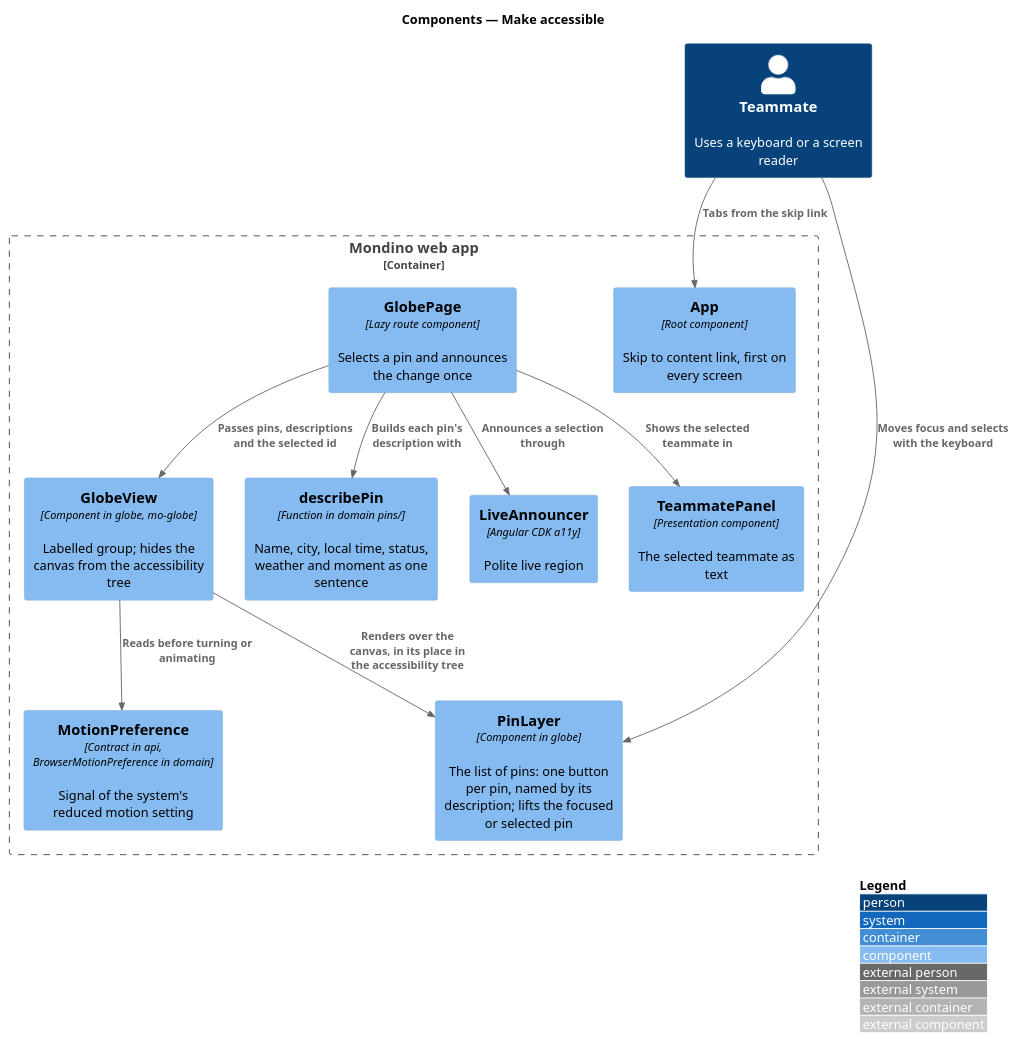
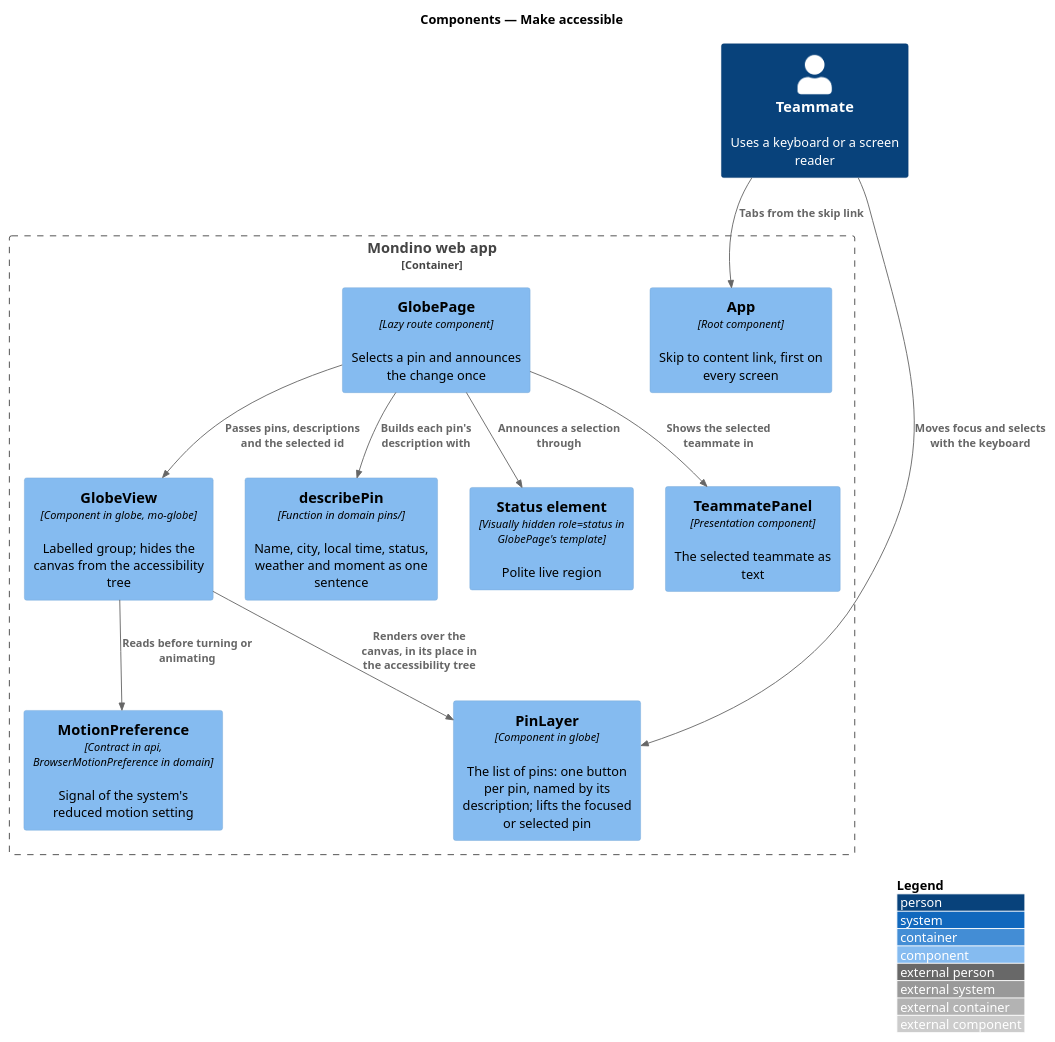
The diagram in docs/detailed-designs/platform/make-accessible/diagrams/c4-component.puml (QuinntyneBrown/Mondino), drawn with PlantUML before and after one commit. The commit also changed 38 other files, not shown here.

```diff
--- a/docs/detailed-designs/platform/make-accessible/diagrams/c4-component.puml
+++ b/docs/detailed-designs/platform/make-accessible/diagrams/c4-component.puml
@@ -1,25 +1,25 @@
 @startuml
 !include <C4/C4_Component>
 LAYOUT_WITH_LEGEND()
 title Components — Make accessible
 
 Person(teammate, "Teammate", "Uses a keyboard or a screen reader")
 Container_Boundary(spa, "Mondino web app") {
   Component(shell, "App", "Root component", "Skip to content link, first on every screen")
   Component(page, "GlobePage", "Lazy route component", "Selects a pin and announces the change once")
   Component(view, "GlobeView", "Component in globe, mo-globe", "Labelled group; hides the canvas from the accessibility tree")
   Component(layer, "PinLayer", "Component in globe", "The list of pins: one button per pin, named by its description; lifts the focused or selected pin")
   Component(describe, "describePin", "Function in domain pins/", "Name, city, local time, status, weather and moment as one sentence")
   Component(motion, "MotionPreference", "Contract in api, BrowserMotionPreference in domain", "Signal of the system's reduced motion setting")
-  Component(announcer, "LiveAnnouncer", "Angular CDK a11y", "Polite live region")
+  Component(announcer, "Status element", "Visually hidden role=status in GlobePage's template", "Polite live region")
   Component(panel, "TeammatePanel", "Presentation component", "The selected teammate as text")
 }
 Rel(teammate, shell, "Tabs from the skip link")
 Rel(teammate, layer, "Moves focus and selects with the keyboard")
 Rel(view, layer, "Renders over the canvas, in its place in the accessibility tree")
 Rel(page, describe, "Builds each pin's description with")
 Rel(page, view, "Passes pins, descriptions and the selected id")
 Rel(page, announcer, "Announces a selection through")
 Rel(page, panel, "Shows the selected teammate in")
 Rel(view, motion, "Reads before turning or animating")
 @enduml
```
